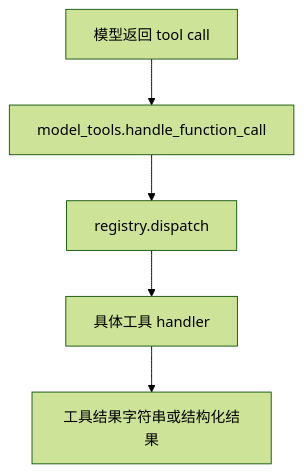
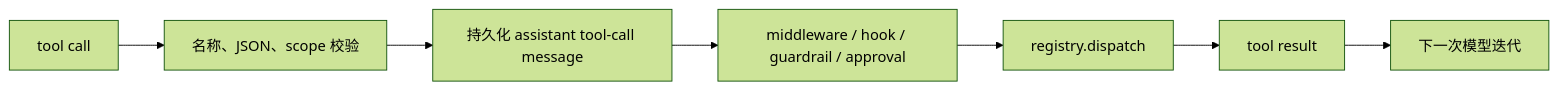
One commit to teachershuang/Hermes-learn changed the third of 3 diagrams in docs/stage-0/00-全局架构地图.md. Above: the diagram before and after it, drawn with Mermaid (forest theme). The commit also changed other lines of this file and 22 other files, not shown here.

````diff
--- a/docs/stage-0/00-全局架构地图.md
+++ b/docs/stage-0/00-全局架构地图.md
@@ -186,7 +129,9 @@
 ```mermaid
-flowchart TD
-    Model["模型返回 tool call"] --> Handle["model_tools.handle_function_call"]
-    Handle --> Dispatch["registry.dispatch"]
-    Dispatch --> Handler["具体工具 handler"]
-    Handler --> Result["工具结果字符串或结构化结果"]
+flowchart LR
+    Model["tool call"] --> Validate["名称、JSON、scope 校验"]
+    Validate --> Persist["持久化 assistant tool-call message"]
+    Persist --> Pipeline["middleware / hook / guardrail / approval"]
+    Pipeline --> Dispatch["registry.dispatch"]
+    Dispatch --> Result["tool result"]
+    Result --> Next["下一次模型迭代"]
 ```
````
